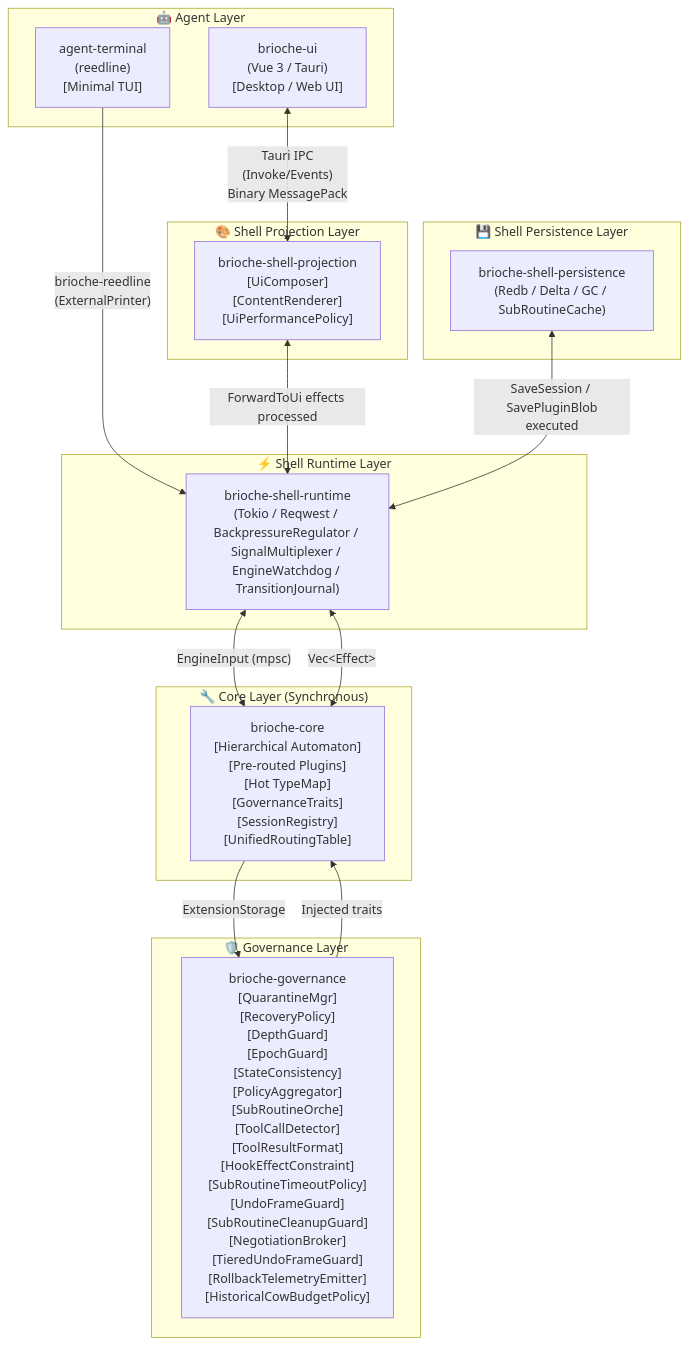
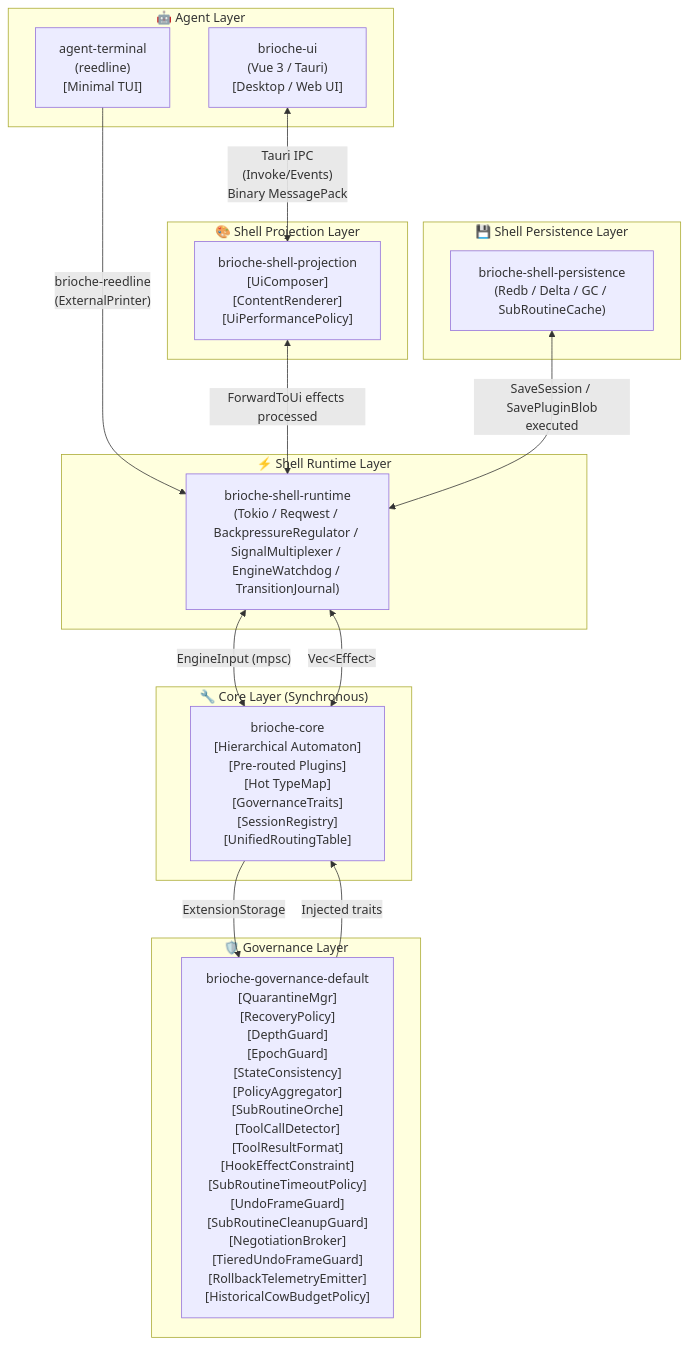
One commit to brio-labs/brioche changed the first of 3 diagrams in docs/SPECS.md. Above: the diagram before and after it, drawn with Mermaid. The commit also changed other lines of this file and 19 other files, not shown here.

First line of the commit message:
chore(governance): remove empty brioche-governance crate and stale references

````diff
--- a/docs/SPECS.md
+++ b/docs/SPECS.md
@@ -181,36 +181,36 @@
 ```mermaid
 flowchart TB
     subgraph AGENT["🤖 Agent Layer"]
         AGENT_TERM["agent-terminal<br/>(reedline)<br/>[Minimal TUI]"]
         AGENT_DESK["brioche-ui<br/>(Vue 3 / Tauri)<br/>[Desktop / Web UI]"]
     end
 
     subgraph SHELL_PROJ["🎨 Shell Projection Layer"]
         SHELL_PROJ_APP["brioche-shell-projection<br/>[UiComposer]<br/>[ContentRenderer]<br/>[UiPerformancePolicy]"]
     end
 
     subgraph SHELL_PERS["💾 Shell Persistence Layer"]
         SHELL_PERS_APP["brioche-shell-persistence<br/>(Redb / Delta / GC / SubRoutineCache)"]
     end
 
     subgraph SHELL_RT["⚡ Shell Runtime Layer"]
         SHELL_RT_APP["brioche-shell-runtime<br/>(Tokio / Reqwest / BackpressureRegulator / SignalMultiplexer / EngineWatchdog / TransitionJournal)"]
     end
 
     subgraph CORE["🔧 Core Layer (Synchronous)"]
         CORE_APP["brioche-core<br/>[Hierarchical Automaton]<br/>[Pre-routed Plugins]<br/>[Hot TypeMap]<br/>[GovernanceTraits]<br/>[SessionRegistry]<br/>[UnifiedRoutingTable]"]
     end
 
     subgraph GOV["🛡️ Governance Layer"]
-        GOV_APP["brioche-governance<br/>[QuarantineMgr]<br/>[RecoveryPolicy]<br/>[DepthGuard]<br/>[EpochGuard]<br/>[StateConsistency]<br/>[PolicyAggregator]<br/>[SubRoutineOrche]<br/>[ToolCallDetector]<br/>[ToolResultFormat]<br/>[HookEffectConstraint]<br/>[SubRoutineTimeoutPolicy]<br/>[UndoFrameGuard]<br/>[SubRoutineCleanupGuard]<br/>[NegotiationBroker]<br/>[TieredUndoFrameGuard]<br/>[RollbackTelemetryEmitter]<br/>[HistoricalCowBudgetPolicy]"]
+        GOV_APP["brioche-governance-default<br/>[QuarantineMgr]<br/>[RecoveryPolicy]<br/>[DepthGuard]<br/>[EpochGuard]<br/>[StateConsistency]<br/>[PolicyAggregator]<br/>[SubRoutineOrche]<br/>[ToolCallDetector]<br/>[ToolResultFormat]<br/>[HookEffectConstraint]<br/>[SubRoutineTimeoutPolicy]<br/>[UndoFrameGuard]<br/>[SubRoutineCleanupGuard]<br/>[NegotiationBroker]<br/>[TieredUndoFrameGuard]<br/>[RollbackTelemetryEmitter]<br/>[HistoricalCowBudgetPolicy]"]
     end
 
     AGENT_DESK <-->|"Tauri IPC<br/>(Invoke/Events)<br/>Binary MessagePack"| SHELL_PROJ_APP
     AGENT_TERM -->|"brioche-reedline<br/>(ExternalPrinter)"| SHELL_RT_APP
     SHELL_PROJ_APP <-->|"ForwardToUi effects processed"| SHELL_RT_APP
     SHELL_PERS_APP <-->|"SaveSession / SavePluginBlob<br/>executed"| SHELL_RT_APP
     SHELL_RT_APP <-->|"EngineInput (mpsc)"| CORE_APP
     SHELL_RT_APP <-->|"Vec&lt;Effect&gt;"| CORE_APP
     GOV_APP -->|"Injected traits"| CORE_APP
     CORE_APP -->|"ExtensionStorage"| GOV_APP
 ```
````
